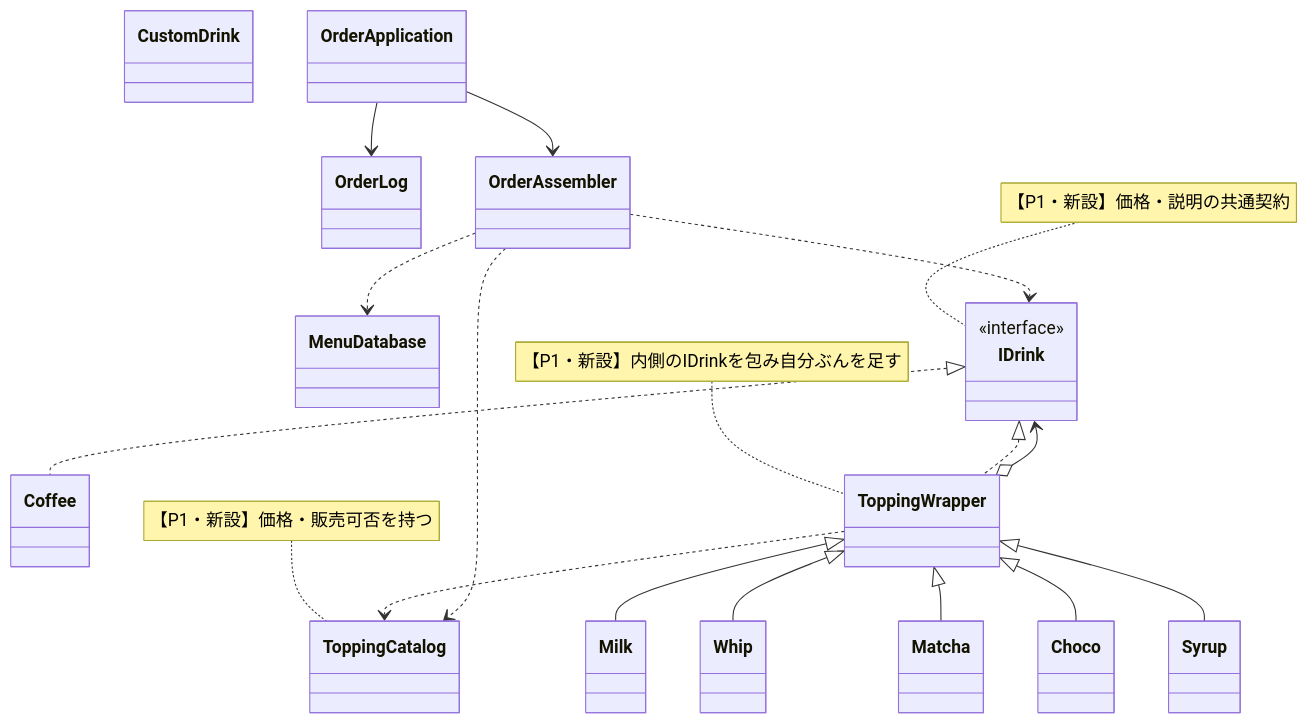
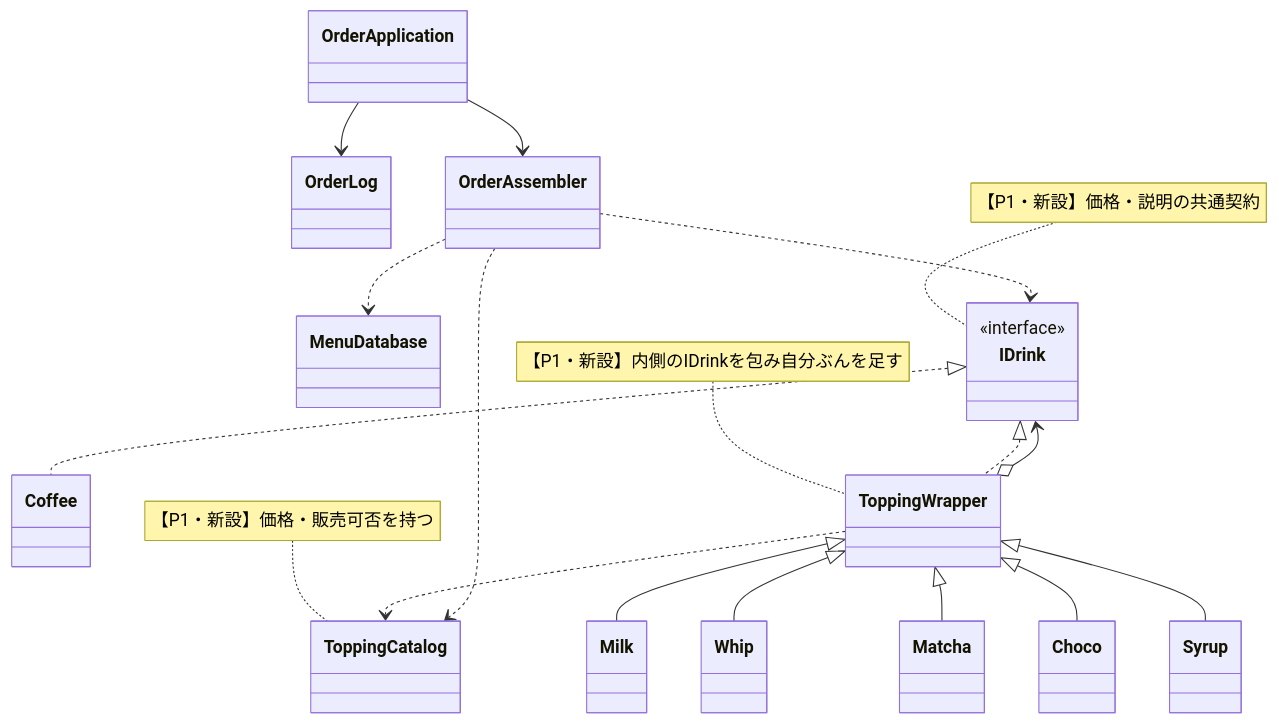
The eighth of 13 diagrams in kindle/design-patterns/output/chapter06.md (kumachan1101-pixel/DesignPattern), drawn with Mermaid before and after one commit. The commit also changed other lines of this file and 18 other files, not shown here.

````diff
--- a/kindle/design-patterns/output/chapter06.md
+++ b/kindle/design-patterns/output/chapter06.md
@@ -1015,39 +1015,38 @@
 ```mermaid
 classDiagram
-    class CustomDrink
     class MenuDatabase
     class OrderApplication
     class OrderLog
     class IDrink { <<interface>> }
     class Coffee
     class ToppingWrapper
     class Milk
     class Whip
     class Matcha
     class Choco
     class Syrup
     class ToppingCatalog
     class OrderAssembler
 
     IDrink <|.. Coffee
     IDrink <|.. ToppingWrapper
     ToppingWrapper o--> IDrink
     ToppingWrapper <|-- Milk
     ToppingWrapper <|-- Whip
     ToppingWrapper <|-- Matcha
     ToppingWrapper <|-- Choco
     ToppingWrapper <|-- Syrup
     ToppingWrapper ..> ToppingCatalog
     OrderAssembler ..> ToppingCatalog
     OrderAssembler ..> MenuDatabase
     OrderAssembler ..> IDrink
     OrderApplication --> OrderAssembler
     OrderApplication --> OrderLog
 
     note for IDrink "【P1・新設】価格・説明の共通契約"
     note for ToppingWrapper "【P1・新設】内側のIDrinkを包み自分ぶんを足す"
     note for ToppingCatalog "【P1・新設】価格・販売可否を持つ"
 
     classDef focus fill:#FFF2CC,stroke:#D6B656,stroke-width:2px,color:#222222
     cssClass "IDrink,ToppingWrapper,Milk,Whip,Matcha,Choco,Syrup,ToppingCatalog,OrderAssembler" focus
 ```
````
